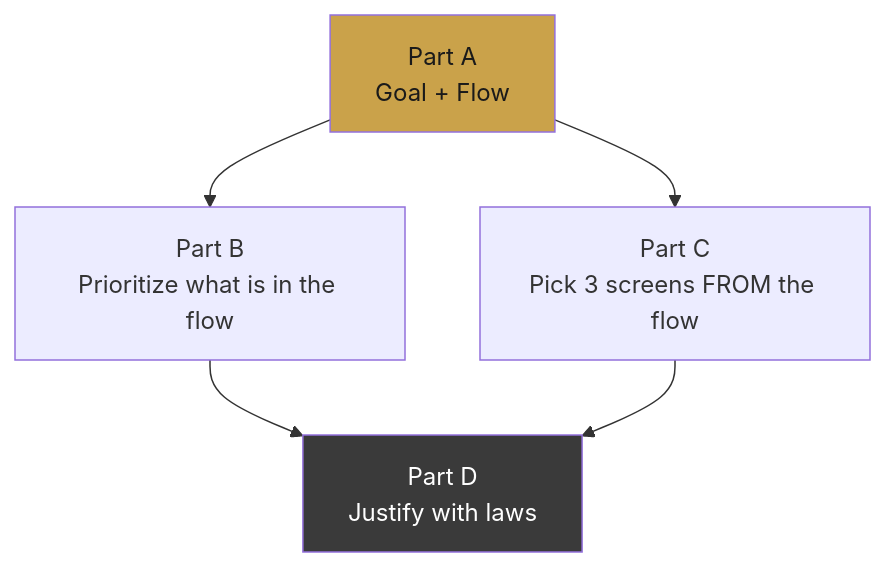
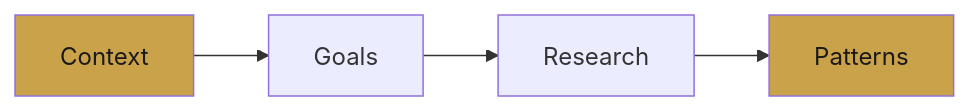
Before and after one commit to NikanEidi/UIX-by-Nik: the second of 5 diagrams in CheatSheet/uix544-cheatsheet.md, drawn with Mermaid. The commit also changed other lines of this file, not shown here.

````diff
--- a/CheatSheet/uix544-cheatsheet.md
+++ b/CheatSheet/uix544-cheatsheet.md
@@ -30,9 +35,6 @@
 ```mermaid
-flowchart TD
-    A[Part A\nGoal + Flow] --> C[Part C\nPick 3 screens FROM the flow]
-    A --> B[Part B\nPrioritize what is in the flow]
-    B --> D[Part D\nJustify with laws]
-    C --> D
+flowchart LR
+    A[Context] --> B[Goals] --> C[Research] --> D[Patterns]
     style A fill:#caa24a,color:#1a1a1a
-    style D fill:#3a3a3a,color:#ffffff
+    style D fill:#caa24a,color:#1a1a1a
 ```
````
